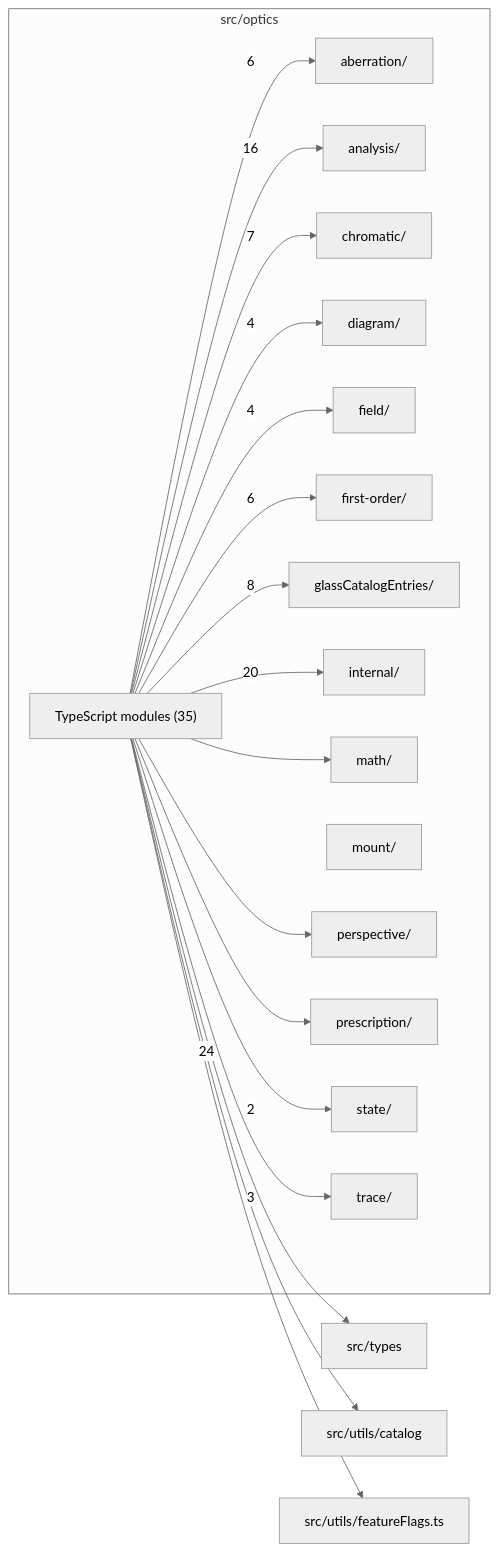
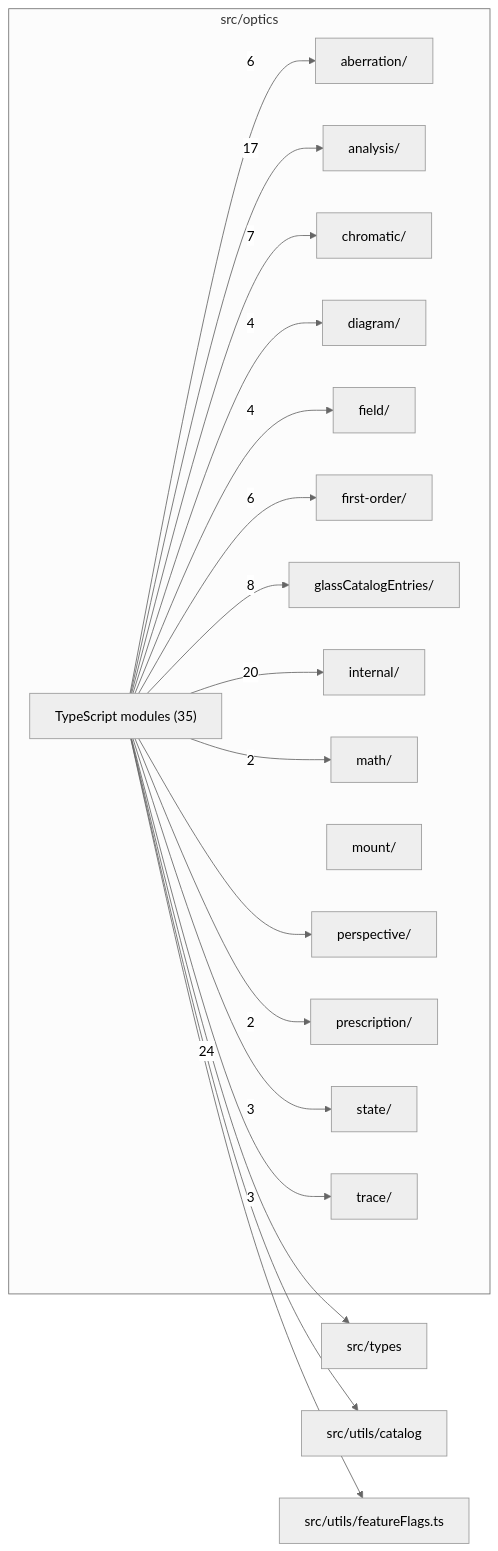
One commit to ronbuening/LensVisualizer changed the diagram in src/optics/readme.md. Above: the diagram before and after it, drawn with Mermaid (neutral theme). The commit also changed other lines of this file and 20 other files, not shown here.

````diff
--- a/src/optics/readme.md
+++ b/src/optics/readme.md
@@ -9,39 +9,39 @@
 ```mermaid
 flowchart LR
   subgraph n_src_optics["src/optics"]
     n_src_optics_src_optics_aberration["aberration/"]
     n_src_optics_src_optics_analysis["analysis/"]
     n_src_optics_src_optics_chromatic["chromatic/"]
     n_src_optics_src_optics_diagram["diagram/"]
     n_src_optics_src_optics_field["field/"]
     n_src_optics_src_optics_first_order["first-order/"]
     n_src_optics_src_optics_glassCatalogEntries["glassCatalogEntries/"]
     n_src_optics_src_optics_internal["internal/"]
     n_src_optics_src_optics_math["math/"]
     n_src_optics_src_optics_mount["mount/"]
     n_src_optics_src_optics_perspective["perspective/"]
     n_src_optics_src_optics_prescription["prescription/"]
     n_src_optics_src_optics_state["state/"]
     n_src_optics_src_optics_trace["trace/"]
     n_src_optics_TypeScript_modules["TypeScript modules (35)"]
   end
   n_external_src_types["src/types"]
   n_external_src_utils_catalog["src/utils/catalog"]
   n_external_src_utils_featureFlags_ts["src/utils/featureFlags.ts"]
   n_src_optics_TypeScript_modules --> |24| n_external_src_types
   n_src_optics_TypeScript_modules --> |20| n_src_optics_src_optics_internal
-  n_src_optics_TypeScript_modules --> |16| n_src_optics_src_optics_analysis
+  n_src_optics_TypeScript_modules --> |17| n_src_optics_src_optics_analysis
   n_src_optics_TypeScript_modules --> |8| n_src_optics_src_optics_glassCatalogEntries
   n_src_optics_TypeScript_modules --> |7| n_src_optics_src_optics_chromatic
   n_src_optics_TypeScript_modules --> |6| n_src_optics_src_optics_aberration
   n_src_optics_TypeScript_modules --> |6| n_src_optics_src_optics_first_order
   n_src_optics_TypeScript_modules --> |4| n_src_optics_src_optics_diagram
   n_src_optics_TypeScript_modules --> |4| n_src_optics_src_optics_field
+  n_src_optics_TypeScript_modules --> |3| n_src_optics_src_optics_state
   n_src_optics_TypeScript_modules --> |3| n_src_optics_src_optics_trace
-  n_src_optics_TypeScript_modules --> |2| n_src_optics_src_optics_state
+  n_src_optics_TypeScript_modules --> |2| n_src_optics_src_optics_math
+  n_src_optics_TypeScript_modules --> |2| n_src_optics_src_optics_prescription
   n_src_optics_TypeScript_modules --> n_external_src_utils_catalog
   n_src_optics_TypeScript_modules --> n_external_src_utils_featureFlags_ts
-  n_src_optics_TypeScript_modules --> n_src_optics_src_optics_math
   n_src_optics_TypeScript_modules --> n_src_optics_src_optics_perspective
-  n_src_optics_TypeScript_modules --> n_src_optics_src_optics_prescription
 ```
````
